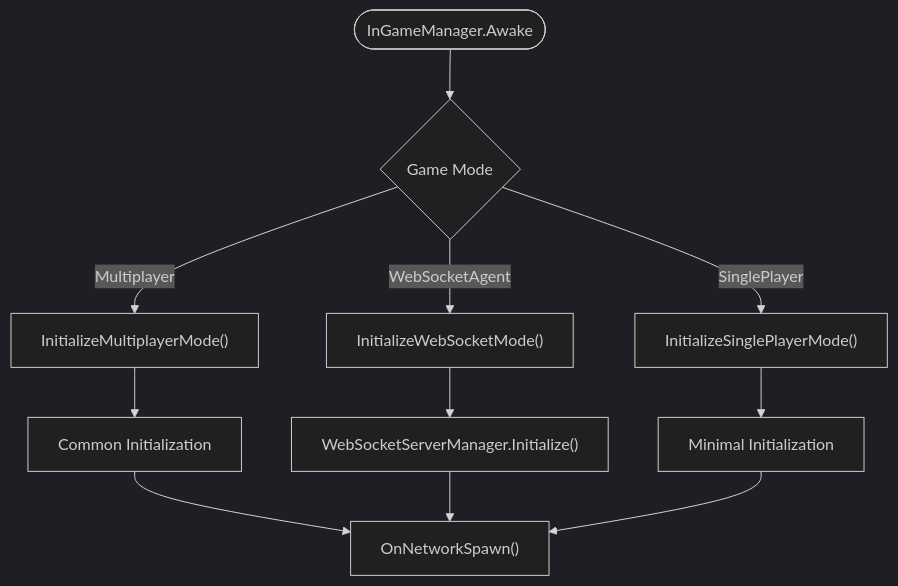
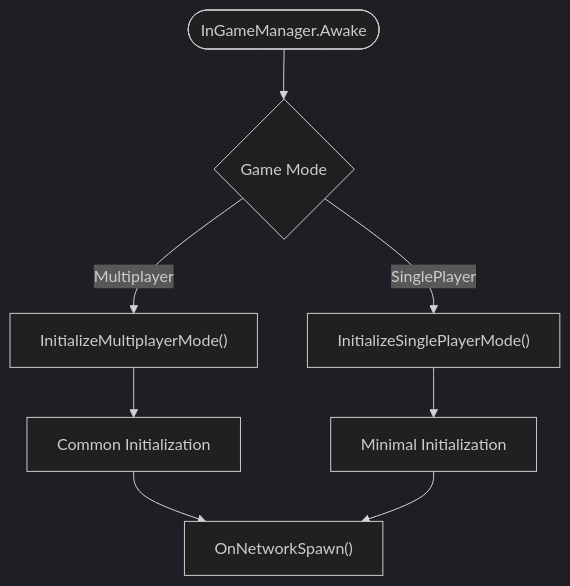
One commit to kandeng/AI-Controlled-battle-game changed the fourth of 7 diagrams in .qoder/repowiki/en/content/Multiplayer System/Multiplayer System.md. Above: the diagram before and after it, drawn with Mermaid (dark theme). The commit also changed other lines of this file and 6 other files, not shown here.

First line of the commit message:
Fix single-player mode - NetworkManager not starting

````diff
--- a/.qoder/repowiki/en/content/Multiplayer System/Multiplayer System.md
+++ b/.qoder/repowiki/en/content/Multiplayer System/Multiplayer System.md
@@ -232,13 +185,10 @@
 ```mermaid
 flowchart TD
 Start(["InGameManager.Awake"]) --> ModeCheck{"Game Mode"}
 ModeCheck --> |Multiplayer| InitMulti["InitializeMultiplayerMode()"]
-ModeCheck --> |WebSocketAgent| InitWS["InitializeWebSocketMode()"]
 ModeCheck --> |SinglePlayer| InitSP["InitializeSinglePlayerMode()"]
 InitMulti --> Common["Common Initialization"]
-InitWS --> WSInit["WebSocketServerManager.Initialize()"]
 InitSP --> SPInit["Minimal Initialization"]
 Common --> Ready["OnNetworkSpawn()"]
-WSInit --> Ready
 SPInit --> Ready
 ```
````
